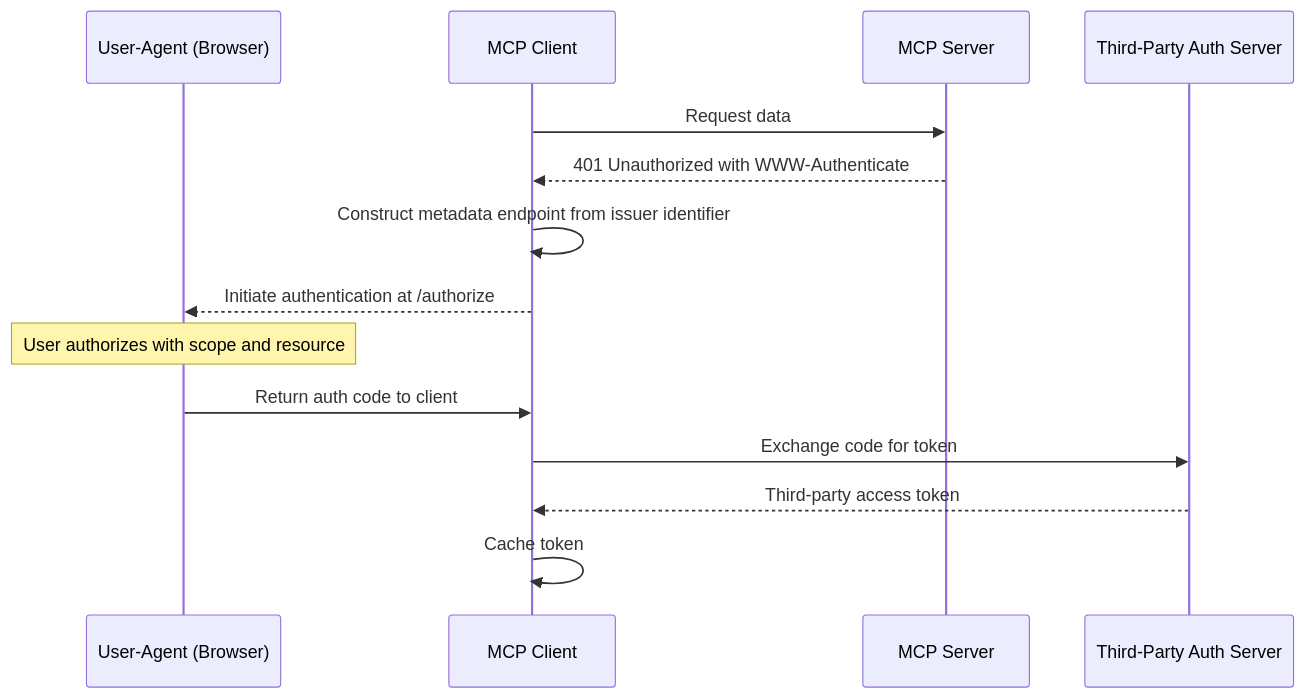
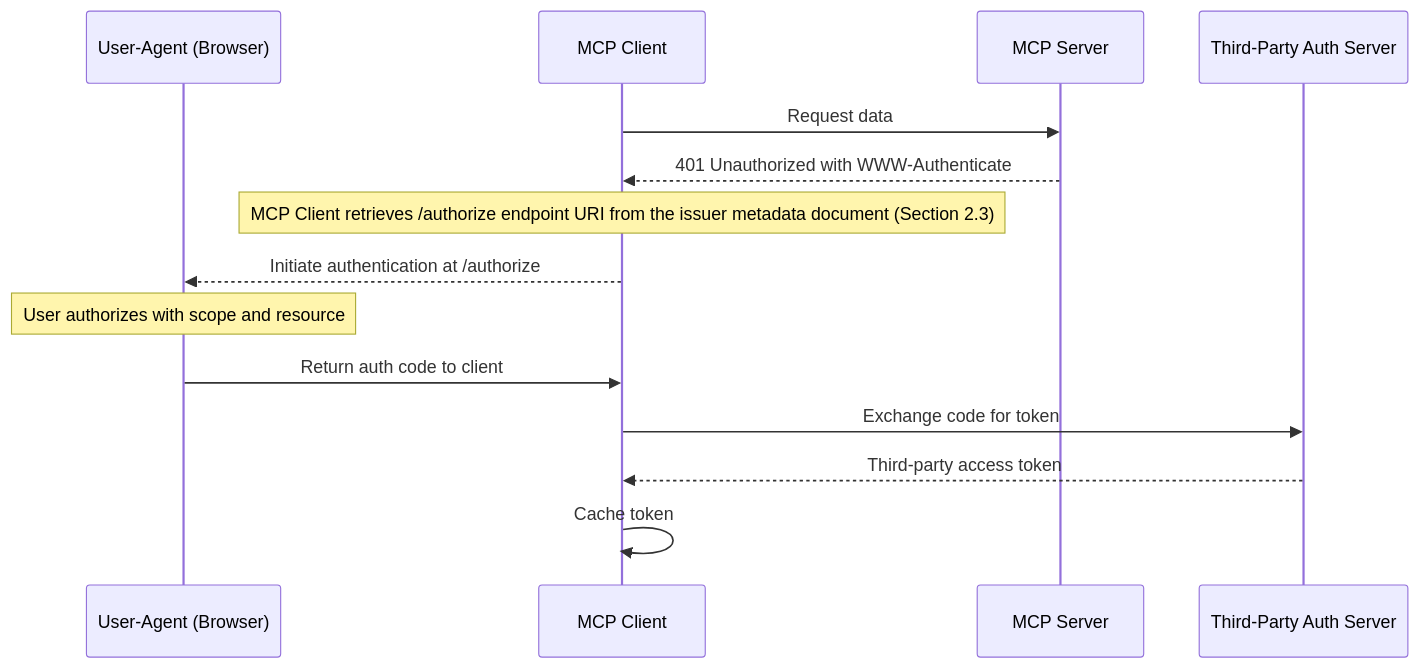
The third of 5 diagrams in docs/specification/2025-03-26/basic/authorization.md (pcarleton/specification), drawn with Mermaid before and after one commit.

````diff
--- a/docs/specification/2025-03-26/basic/authorization.md
+++ b/docs/specification/2025-03-26/basic/authorization.md
@@ -221,17 +221,17 @@
 ```mermaid
 sequenceDiagram
     participant UA as User-Agent (Browser)
     participant MC as MCP Client
     participant MS as MCP Server
     participant IDP as Third-Party Auth Server
 
     MC->>MS: Request data
     MS-->>MC: 401 Unauthorized with WWW-Authenticate
-    MC->>MC: Construct metadata endpoint from issuer identifier
+    Note over MC: MCP Client retrieves /authorize endpoint URI from the issuer metadata document (Section 2.3)
     MC-->>UA: Initiate authentication at /authorize
     Note over UA: User authorizes with scope and resource
     UA->>MC: Return auth code to client
     MC->>IDP: Exchange code for token
     IDP-->>MC: Third-party access token
     MC->>MC: Cache token
 ```
````
